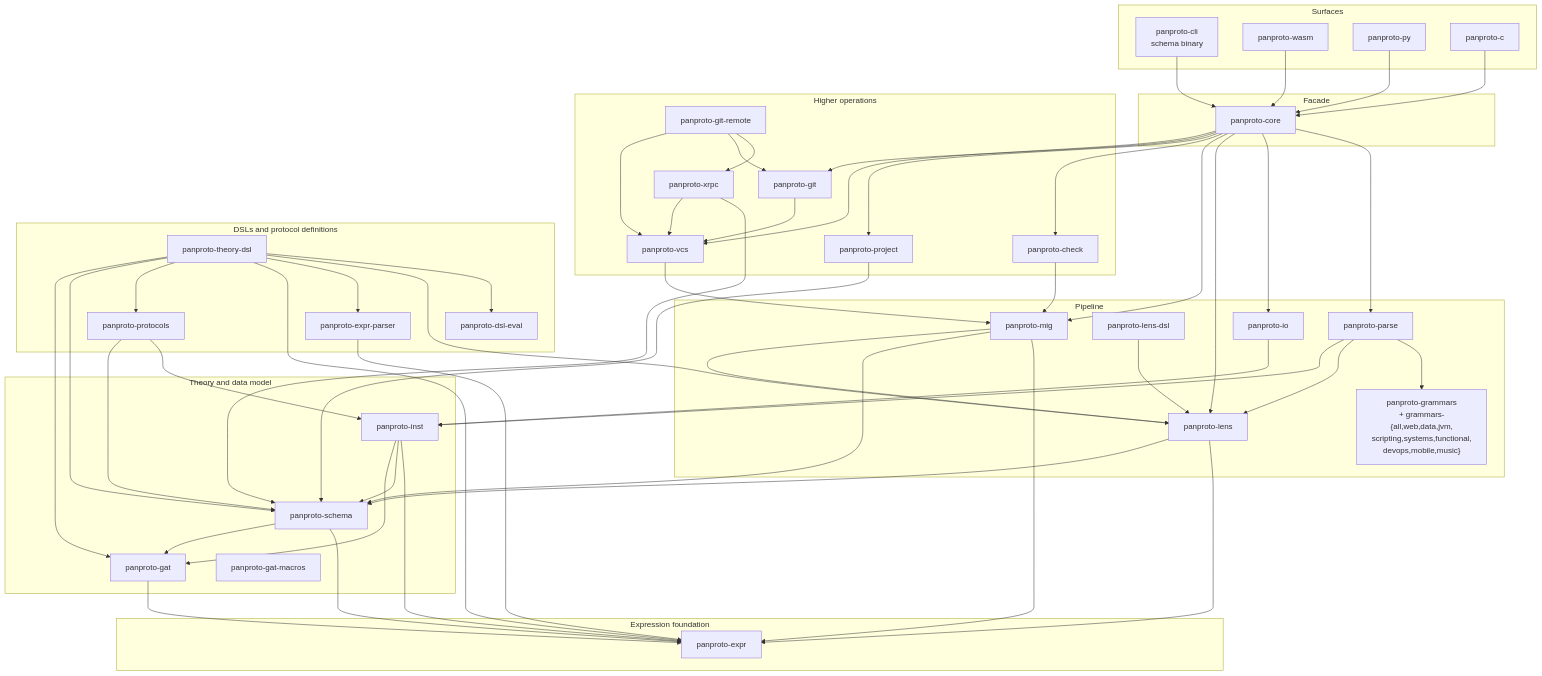
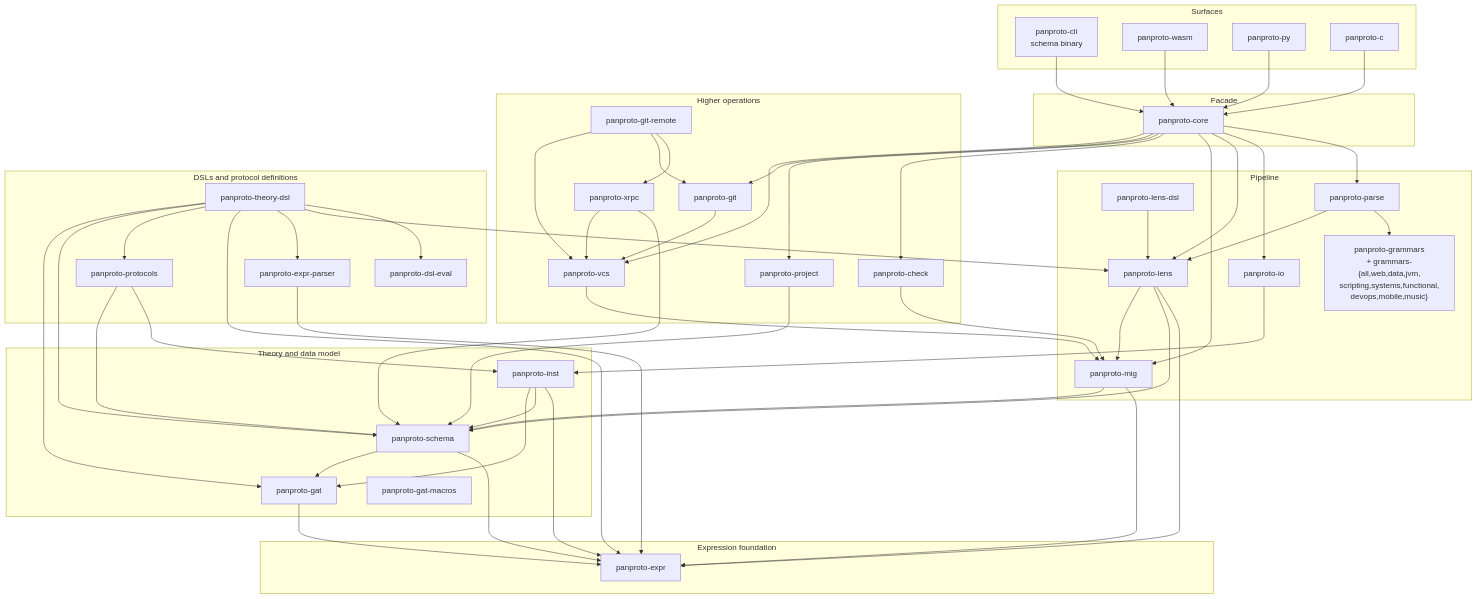
One commit to panproto/panproto changed the diagram in book/src/explanation/architecture.md. Above: the diagram before and after it, drawn with Mermaid. The commit also changed other lines of this file and 72 other files, not shown here.

```diff
--- a/book/src/explanation/architecture.md
+++ b/book/src/explanation/architecture.md
@@ -78,12 +78,11 @@
     GITREMOTE --> XRPC
     PROJ --> SCHEMA
     CHECK --> MIG
-    MIG --> LENS
+    LENS --> MIG
     MIG --> SCHEMA
     LENS --> SCHEMA
     LENSDSL --> LENS
     IO --> INST
-    PARSE --> INST
     PARSE --> LENS
     PARSE --> GRAMMARS
 
```
